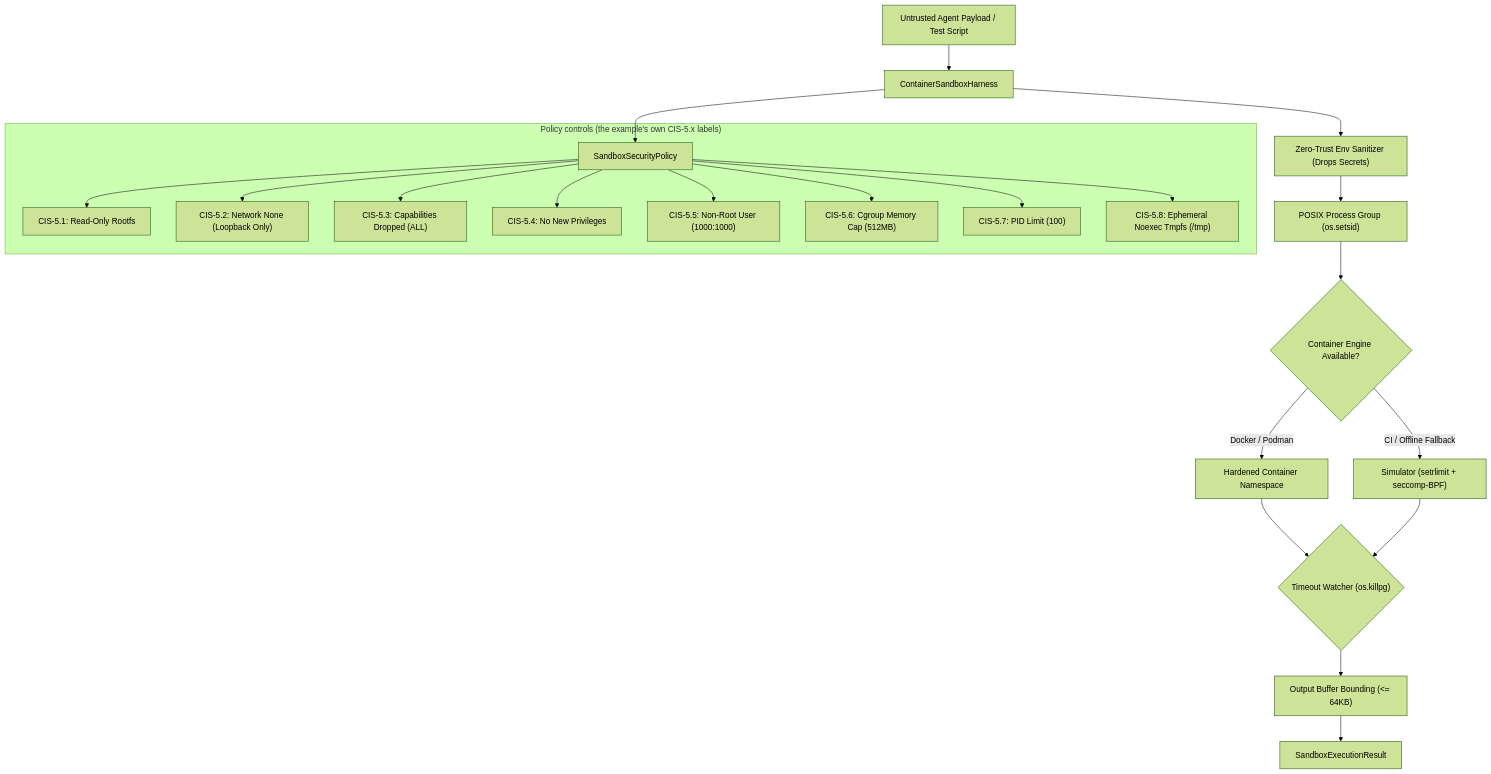
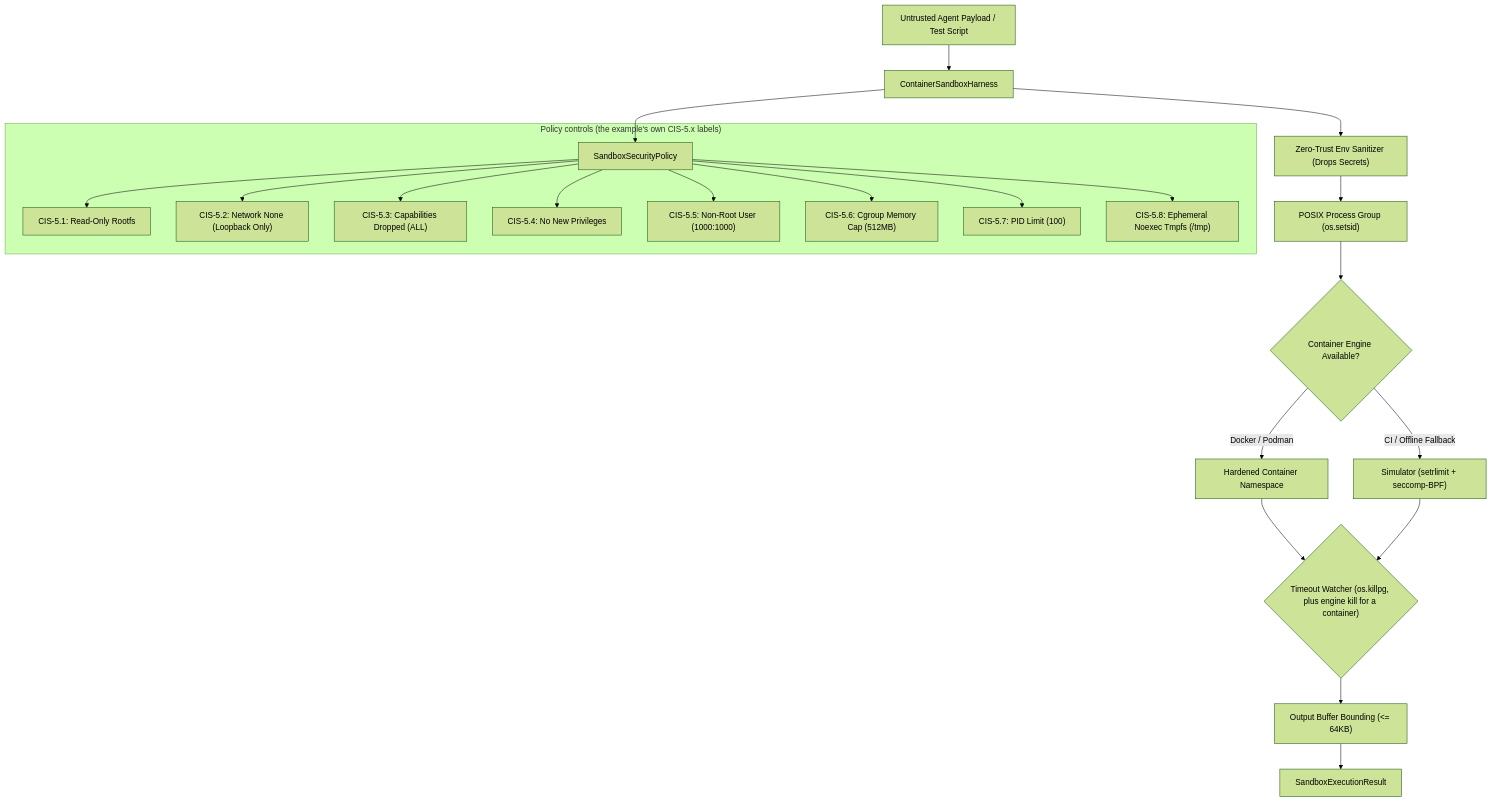
The diagram in observations/systems/05-rootless-container-sandboxing-and-process-group-containment.md (dan-petty/vibes), drawn with Mermaid (forest theme) before and after one commit. The commit also changed other lines of this file and 5 other files, not shown here.

````diff
--- a/observations/systems/05-rootless-container-sandboxing-and-process-group-containment.md
+++ b/observations/systems/05-rootless-container-sandboxing-and-process-group-containment.md
@@ -28,29 +28,29 @@
 ```mermaid
 flowchart TD
     Payload["Untrusted Agent Payload / Test Script"] --> Harness["ContainerSandboxHarness"]
     Harness --> Policy["SandboxSecurityPolicy"]
 
     subgraph CIS["Policy controls (the example's own CIS-5.x labels)"]
         Policy --> C1["CIS-5.1: Read-Only Rootfs"]
         Policy --> C2["CIS-5.2: Network None (Loopback Only)"]
         Policy --> C3["CIS-5.3: Capabilities Dropped (ALL)"]
         Policy --> C4["CIS-5.4: No New Privileges"]
         Policy --> C5["CIS-5.5: Non-Root User (1000:1000)"]
         Policy --> C6["CIS-5.6: Cgroup Memory Cap (512MB)"]
         Policy --> C7["CIS-5.7: PID Limit (100)"]
         Policy --> C8["CIS-5.8: Ephemeral Noexec Tmpfs (/tmp)"]
     end
 
     Harness --> Sanitizer["Zero-Trust Env Sanitizer (Drops Secrets)"]
     Sanitizer --> PG["POSIX Process Group (os.setsid)"]
 
     PG --> Runtime{"Container Engine Available?"}
     Runtime -->|"Docker / Podman"| Container["Hardened Container Namespace"]
     Runtime -->|"CI / Offline Fallback"| Simulator["Simulator (setrlimit + seccomp-BPF)"]
 
-    Container --> Timeout{"Timeout Watcher (os.killpg)"}
+    Container --> Timeout{"Timeout Watcher (os.killpg, plus engine kill for a container)"}
     Simulator --> Timeout
 
     Timeout --> Bound["Output Buffer Bounding (<= 64KB)"]
     Bound --> Result["SandboxExecutionResult"]
 ```
````
